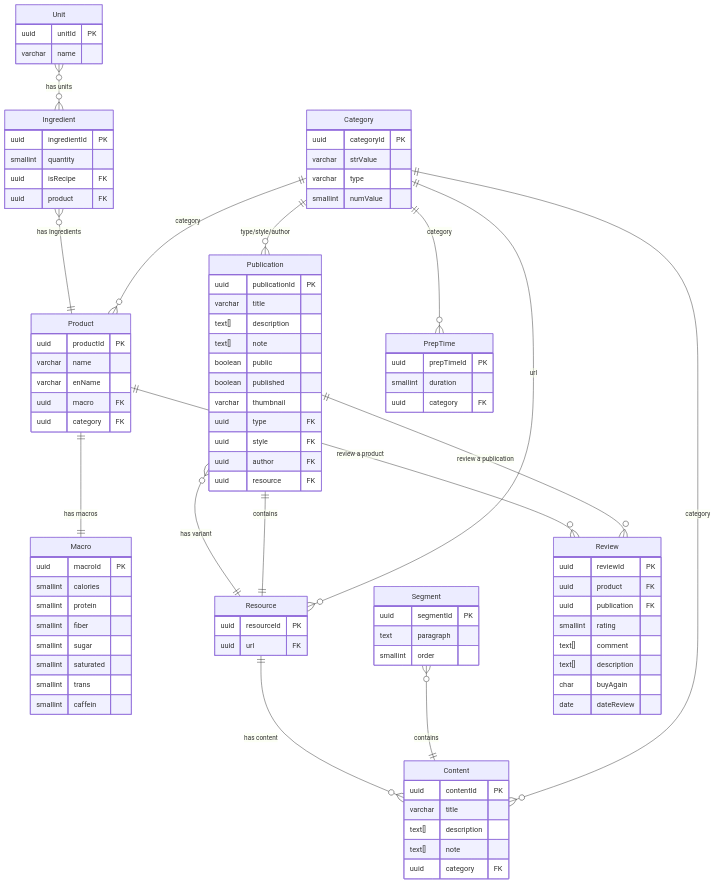
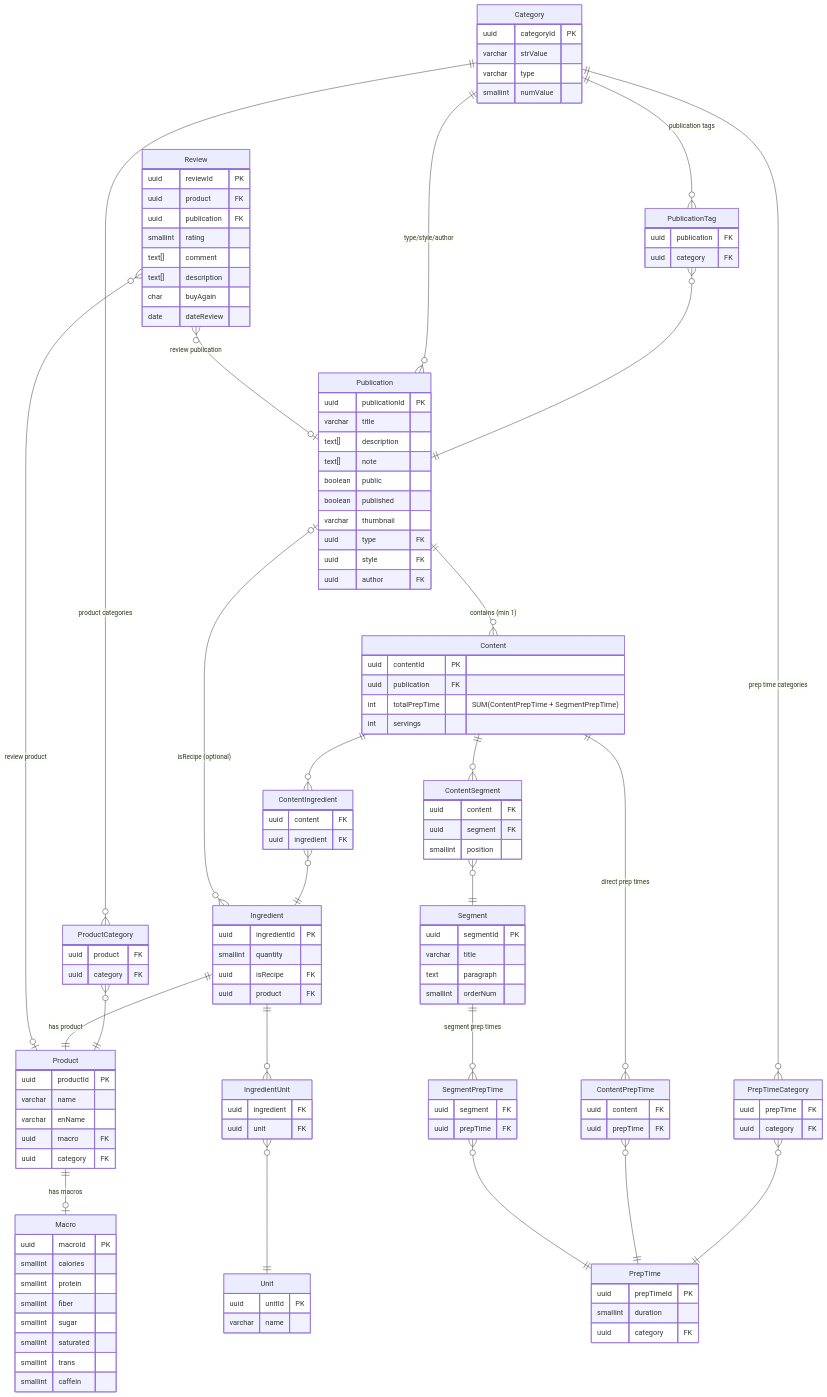
One commit to Dratharias/kitchen-cabinet changed the diagram in sql/simplified-vue.mmd. Above: the diagram before and after it, drawn with Mermaid. The commit also changed 33 other files, not shown here.

```diff
--- a/sql/simplified-vue.mmd
+++ b/sql/simplified-vue.mmd
@@ -1,111 +1,171 @@
 erDiagram
+    Category {
+        uuid categoryId PK
+        varchar strValue
+        varchar type
+        smallint numValue
+    }
+    
+    Publication {
+        uuid publicationId PK
+        varchar title
+        text[] description
+        text[] note
+        boolean public
+        boolean published
+        varchar thumbnail
+        uuid type FK
+        uuid style FK
+        uuid author FK
+    }
+    
+    Content {
+        uuid contentId PK
+        uuid publication FK
+        int totalPrepTime "SUM(ContentPrepTime + SegmentPrepTime)"
+        int servings
+    }
+    
+    Segment {
+        uuid segmentId PK
+        varchar title
+        text paragraph
+        smallint orderNum
+    }
+    
+    PrepTime {
+        uuid prepTimeId PK
+        smallint duration
+        uuid category FK
+    }
+    
+    Ingredient {
+        uuid ingredientId PK
+        smallint quantity
+        uuid isRecipe FK
+        uuid product FK
+    }
+    
+    Product {
+        uuid productId PK
+        varchar name
+        varchar enName
+        uuid macro FK
+        uuid category FK
+    }
+    
+    Unit {
+        uuid unitId PK
+        varchar name
+    }
+    
+    Macro {
+        uuid macroId PK
+        smallint calories
+        smallint protein
+        smallint fiber
+        smallint sugar
+        smallint saturated
+        smallint trans
+        smallint caffein
+    }
+    
+    Review {
+        uuid reviewId PK
+        uuid product FK
+        uuid publication FK
+        smallint rating
+        text[] comment
+        text[] description
+        char buyAgain
+        date dateReview
+    }
+    
+    %% Junction Tables
+    ContentSegment {
+        uuid content FK
+        uuid segment FK
+        smallint position
+    }
+    
+    ContentIngredient {
+        uuid content FK
+        uuid ingredient FK
+    }
+    
+    ContentPrepTime {
+        uuid content FK
+        uuid prepTime FK
+    }
+    
+    SegmentPrepTime {
+        uuid segment FK
+        uuid prepTime FK
+    }
+    
+    IngredientUnit {
+        uuid ingredient FK
+        uuid unit FK
+    }
+    
+    PublicationTag {
+        uuid publication FK
+        uuid category FK
+    }
+    
+    ProductCategory {
+        uuid product FK
+        uuid category FK
+    }
+    
+    PrepTimeCategory {
+        uuid prepTime FK
+        uuid category FK
+    }
 
-  Category {
-    uuid categoryId PK
-    varchar strValue
-    varchar type
-    smallint numValue
-  }
-
-  Publication {
-    uuid publicationId PK
-    varchar title
-    text[] description
-    text[] note
-    boolean public
-    boolean published
-    varchar thumbnail
-    uuid type FK
-    uuid style FK
-    uuid author FK
-    uuid resource FK
-  }
-
-  Content {
-    uuid contentId PK
-    varchar title
-    text[] description
-    text[] note
-    uuid category FK
-  }
-
-  Ingredient {
-    uuid ingredientId PK
-    smallint quantity
-    uuid isRecipe FK
-    uuid product FK
-  }
-
-  Unit {
-    uuid unitId PK
-    varchar name
-  }
-
-  Macro {
-    uuid macroId PK
-    smallint calories
-    smallint protein
-    smallint fiber
-    smallint sugar
-    smallint saturated
-    smallint trans
-    smallint caffein
-  }
-
-  Product {
-    uuid productId PK
-    varchar name
-    varchar enName
-    uuid macro FK
-    uuid category FK
-  }
-
-  PrepTime {
-    uuid prepTimeId PK
-    smallint duration
-    uuid category FK
-  }
-
-  Segment {
-    uuid segmentId PK
-    text paragraph
-    smallint order
-  }
-
-  Resource {
-    uuid resourceId PK
-    uuid url FK
-  }
-
-  Review {
-    uuid reviewId PK
-    uuid product FK
-    uuid publication FK
-    smallint rating
-    text[] comment
-    text[] description
-    char buyAgain
-    date dateReview
-  }
-
-  %% ===========================
-  %% RELATIONS SIMPLIFIÉES
-  %% ===========================
-
-  Category ||--o{ Publication : "type/style/author"
-  Category ||--o{ Content : "category"
-  Category ||--o{ Product : "category"
-  Category ||--o{ PrepTime : "category"
-  Category ||--o{ Resource : "url"
-
-  Unit }o--o{ Ingredient : "has units" 
-  Publication ||--o{ Review : "review a publication"
-  Publication ||--|| Resource : "contains"
-
-  Ingredient }o--|| Product : "has Ingredients"
-  Product ||--|| Macro : "has macros"
-  Product ||--o{ Review : "review a product"
-  Segment }o--|| Content : "contains"
-
-  Resource ||--o{ Content : "has content"
-  Resource ||--o{ Publication : "has variant"
+    %% ===========================
+    %% RELATIONS & CALCULATION FLOW
+    %% ===========================
+    
+    %% Category relations via junction tables
+    Category ||--o{ PublicationTag : "publication tags"
+    PublicationTag }o--|| Publication : ""
+    
+    Category ||--o{ ProductCategory : "product categories"
+    ProductCategory }o--|| Product : ""
+    
+    Category ||--o{ PrepTimeCategory : "prep time categories"
+    PrepTimeCategory }o--|| PrepTime : ""
+    
+    %% Direct Category FK relations (type/style/author)
+    Category ||--o{ Publication : "type/style/author"
+    
+    %% Publication -> Content (1:N, minimum 1)
+    Publication ||--o{ Content : "contains (min 1)"
+    
+    %% Content relations (M:N via junction tables)
+    Content ||--o{ ContentSegment : ""
+    ContentSegment }o--|| Segment : ""
+    
+    Content ||--o{ ContentIngredient : ""
+    ContentIngredient }o--|| Ingredient : ""
+    
+    Content ||--o{ ContentPrepTime : "direct prep times"
+    ContentPrepTime }o--|| PrepTime : ""
+    
+    %% Segment -> PrepTime (M:N) - KEY FOR CALCULATION
+    Segment ||--o{ SegmentPrepTime : "segment prep times"
+    SegmentPrepTime }o--|| PrepTime : ""
+    
+    %% Ingredient relations
+    Ingredient ||--|| Product : "has product"
+    Ingredient ||--o{ IngredientUnit : ""
+    IngredientUnit }o--|| Unit : ""
+    Ingredient }o--o| Publication : "isRecipe (optional)"
+    
+    %% Product relations
+    Product ||--o| Macro : "has macros"
+    
+    %% Review relations
+    Review }o--o| Product : "review product"
+    Review }o--o| Publication : "review publication"
```
